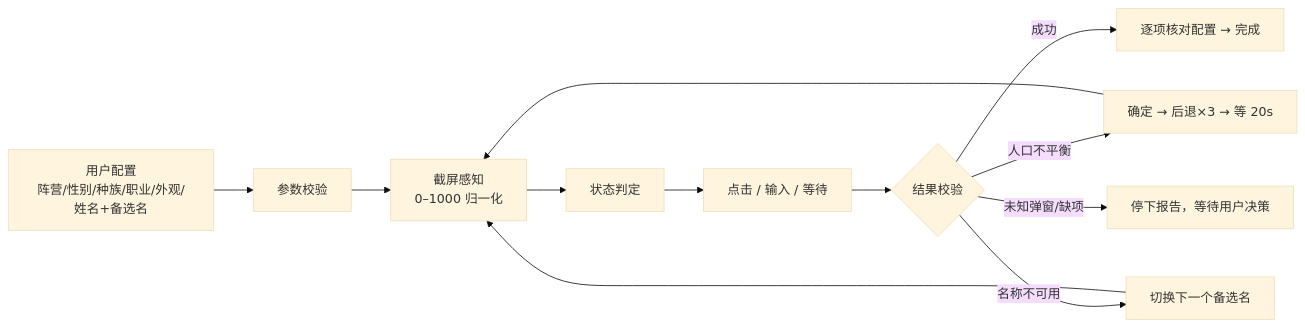
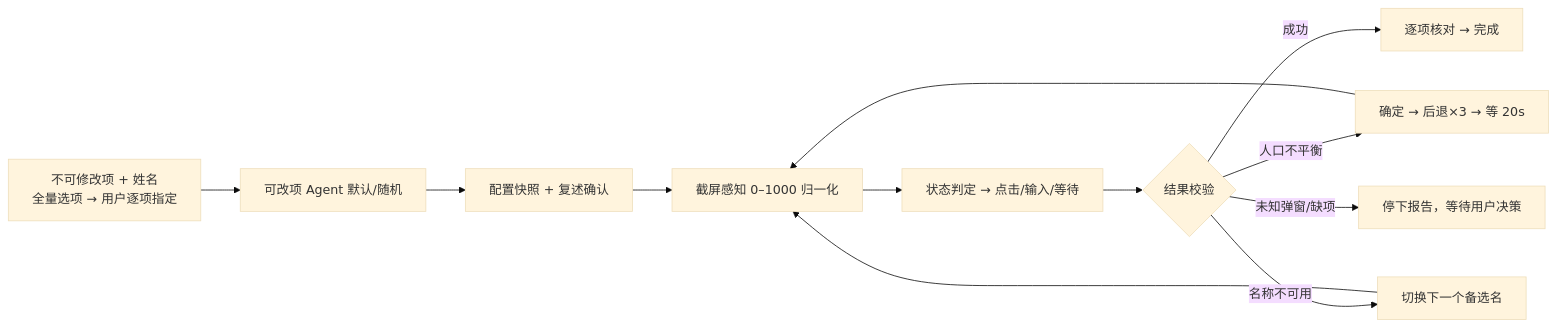
Before and after one commit to FEFKNCQ/Auto-WOW: the diagram in README.md, drawn with Mermaid (base theme). The commit also changed other lines of this file and 2 other files, not shown here.

````diff
--- a/README.md
+++ b/README.md
@@ -25,14 +35,14 @@
 ```mermaid
 flowchart LR
-    A["用户配置<br/>阵营/性别/种族/职业/外观/姓名+备选名"] --> B["参数校验"]
-    B --> C["截屏感知<br/>0–1000 归一化"]
-    C --> D["状态判定"]
-    D --> E["点击 / 输入 / 等待"]
+    A["不可修改项 + 姓名<br/>全量选项 → 用户逐项指定"] --> B["可改项 Agent 默认/随机"]
+    B --> C["配置快照 + 复述确认"]
+    C --> D["截屏感知 0–1000 归一化"]
+    D --> E["状态判定 → 点击/输入/等待"]
     E --> F{"结果校验"}
-    F -- 成功 --> G["逐项核对配置 → 完成"]
+    F -- 成功 --> G["逐项核对 → 完成"]
     F -- 人口不平衡 --> H["确定 → 后退×3 → 等 20s"]
-    H --> C
+    H --> D
     F -- 名称不可用 --> I["切换下一个备选名"]
-    I --> C
+    I --> D
     F -- 未知弹窗/缺项 --> J["停下报告，等待用户决策"]
 ```
````
